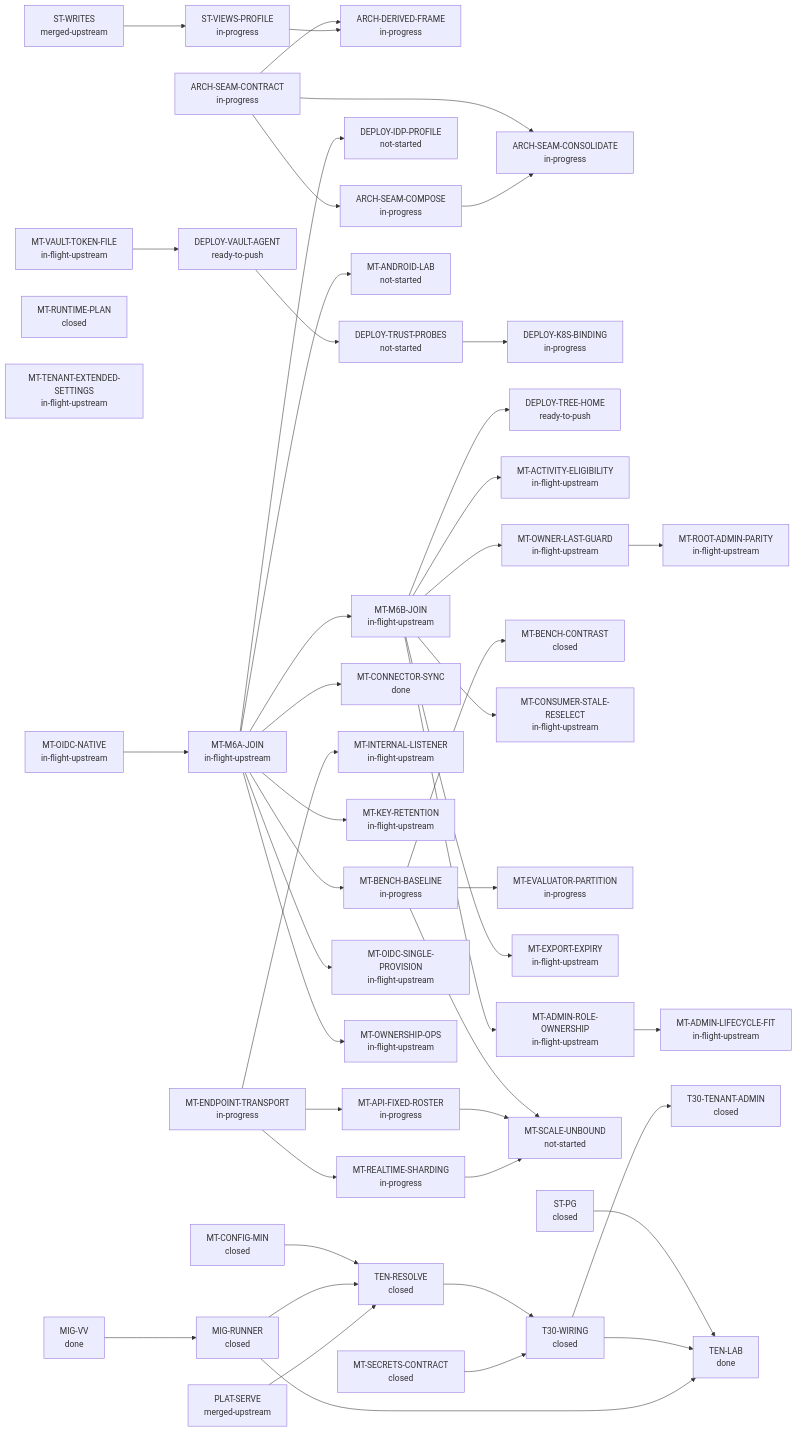
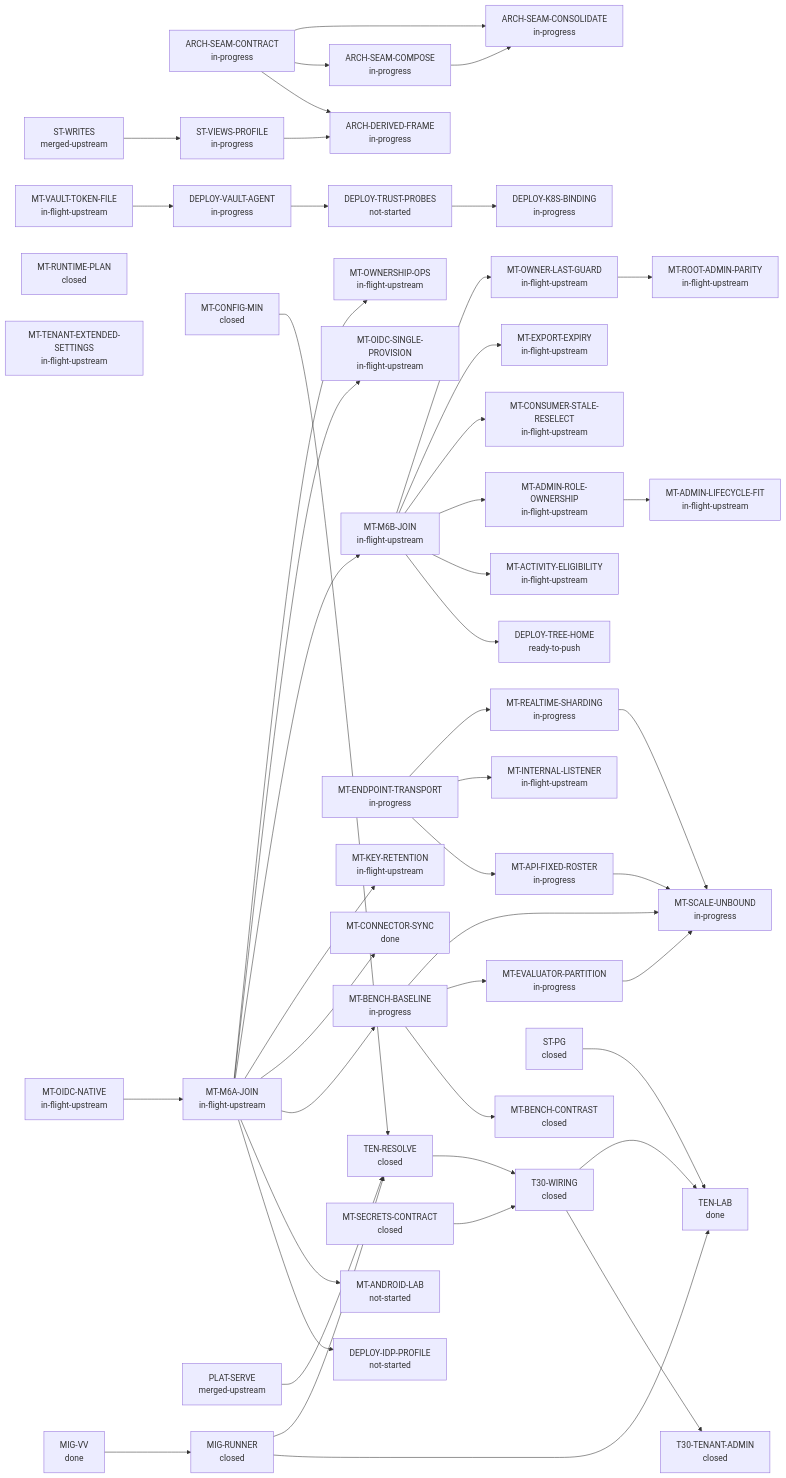
One commit to bewest/rag-nightscout-ecosystem-alignment changed the second of 2 diagrams in docs/30-design/tenancy/multitenant-delivery-dashboard.md. Above: the diagram before and after it, drawn with Mermaid. The commit also changed other lines of this file and 9 other files, not shown here.

```diff
--- a/docs/30-design/tenancy/multitenant-delivery-dashboard.md
+++ b/docs/30-design/tenancy/multitenant-delivery-dashboard.md
@@ -89,7 +89,7 @@
   DEPLOY-K8S-BINDING["DEPLOY-K8S-BINDING<br/>in-progress"]
   DEPLOY-TREE-HOME["DEPLOY-TREE-HOME<br/>ready-to-push"]
   DEPLOY-TRUST-PROBES["DEPLOY-TRUST-PROBES<br/>not-started"]
-  DEPLOY-VAULT-AGENT["DEPLOY-VAULT-AGENT<br/>ready-to-push"]
+  DEPLOY-VAULT-AGENT["DEPLOY-VAULT-AGENT<br/>in-progress"]
   MIG-RUNNER["MIG-RUNNER<br/>closed"]
   MIG-VV["MIG-VV<br/>done"]
   MT-ACTIVITY-ELIGIBILITY["MT-ACTIVITY-ELIGIBILITY<br/>in-flight-upstream"]
@@ -116,7 +116,7 @@
   MT-REALTIME-SHARDING["MT-REALTIME-SHARDING<br/>in-progress"]
   MT-ROOT-ADMIN-PARITY["MT-ROOT-ADMIN-PARITY<br/>in-flight-upstream"]
   MT-RUNTIME-PLAN["MT-RUNTIME-PLAN<br/>closed"]
-  MT-SCALE-UNBOUND["MT-SCALE-UNBOUND<br/>not-started"]
+  MT-SCALE-UNBOUND["MT-SCALE-UNBOUND<br/>in-progress"]
   MT-SECRETS-CONTRACT["MT-SECRETS-CONTRACT<br/>closed"]
   MT-TENANT-EXTENDED-SETTINGS["MT-TENANT-EXTENDED-SETTINGS<br/>in-flight-upstream"]
   MT-VAULT-TOKEN-FILE["MT-VAULT-TOKEN-FILE<br/>in-flight-upstream"]
@@ -162,6 +162,7 @@
   MT-BENCH-BASELINE --> MT-SCALE-UNBOUND
   MT-API-FIXED-ROSTER --> MT-SCALE-UNBOUND
   MT-REALTIME-SHARDING --> MT-SCALE-UNBOUND
+  MT-EVALUATOR-PARTITION --> MT-SCALE-UNBOUND
   ST-WRITES --> ST-VIEWS-PROFILE
   T30-WIRING --> T30-TENANT-ADMIN
   TEN-RESOLVE --> T30-WIRING
```
